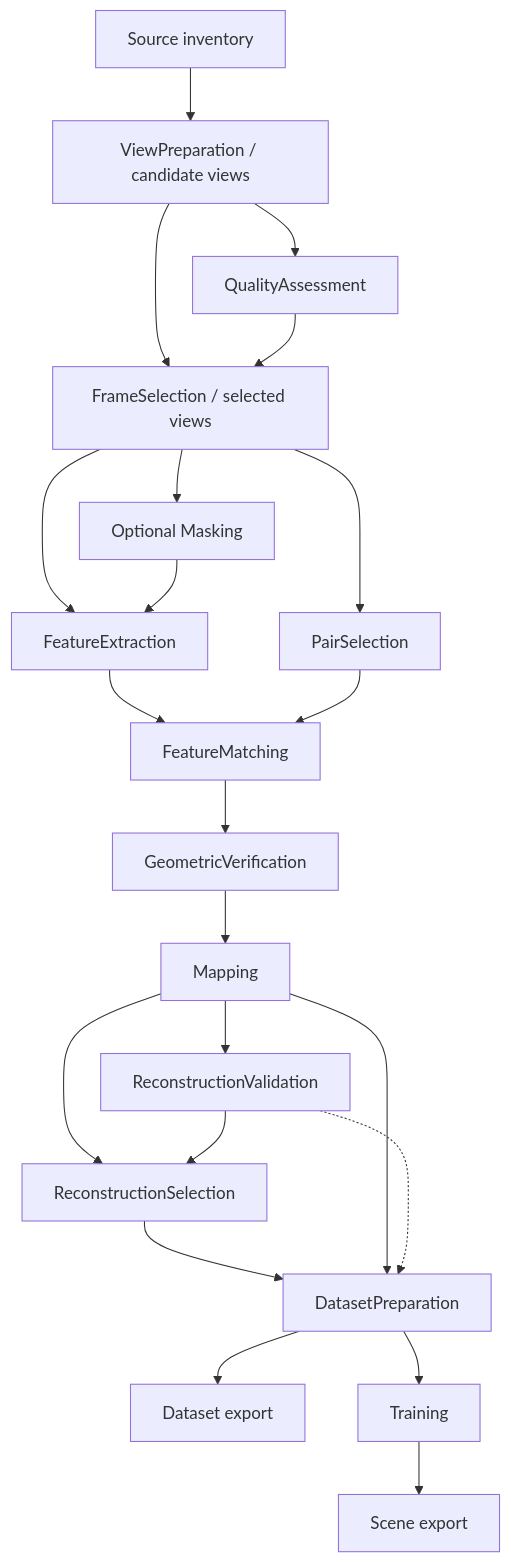
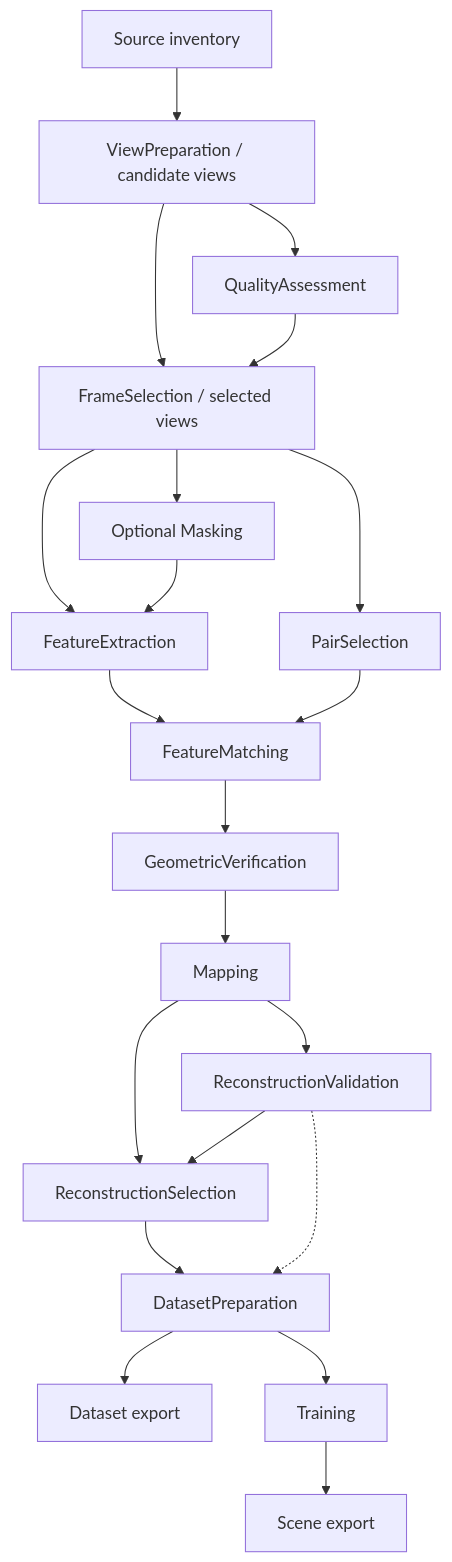
The diagram in ARCHITECTURE.md (BadBoy185/SplatForge), drawn with Mermaid before and after one commit.

Commit message:
Require reconstruction selection before dataset preparation

````diff
--- a/ARCHITECTURE.md
+++ b/ARCHITECTURE.md
@@ -72,24 +72,23 @@
 ```mermaid
 flowchart TD
     sources[Source inventory] --> views[ViewPreparation / candidate views]
     views --> quality[QualityAssessment]
     views --> selection[FrameSelection / selected views]
     quality --> selection
     selection --> masks[Optional Masking]
     selection --> features[FeatureExtraction]
     masks --> features
     selection --> pairs[PairSelection]
     features --> matching[FeatureMatching]
     pairs --> matching
     matching --> verification[GeometricVerification]
     verification --> mapping[Mapping]
     mapping --> validation[ReconstructionValidation]
     mapping --> component_selection[ReconstructionSelection]
     validation --> component_selection
     component_selection --> dataset[DatasetPreparation]
-    mapping --> dataset
     validation -.-> dataset
     dataset --> dataset_export[Dataset export]
     dataset --> training[Training]
     training --> scene_export[Scene export]
 ```
````
